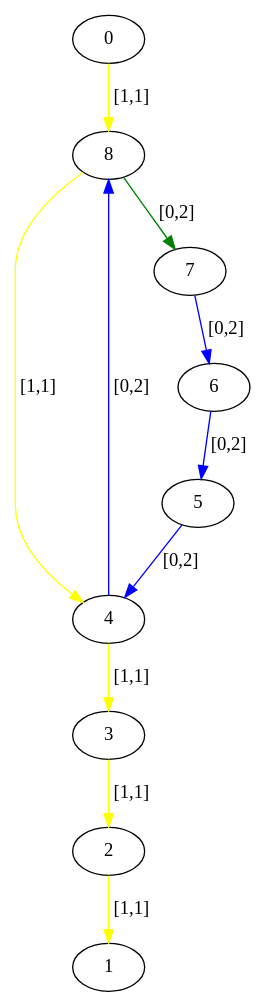
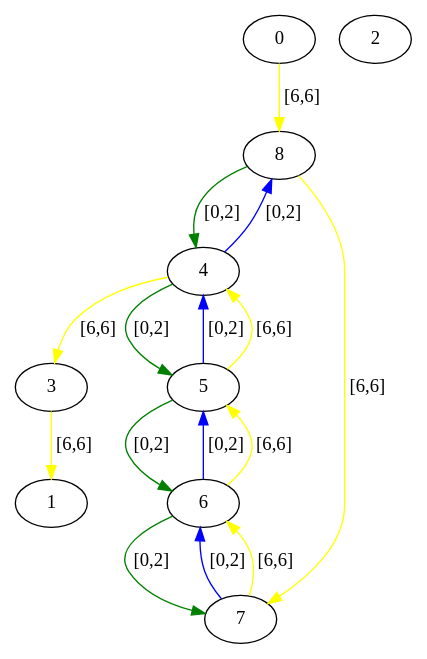
Before and after one commit to Hebbe1234/ExpectAll: the diagram in src/assignedGraphs/assigned.dot, drawn with Graphviz. The commit also changed 2 other files, not shown here.

```diff
--- a/src/assignedGraphs/assigned.dot
+++ b/src/assignedGraphs/assigned.dot
@@ -1,21 +1,26 @@
 digraph  {
 0 [Country="United States", Internal=1, Latitude="42.37843", Longitude="-71.11644", id=0, label=0];
 1 [Country="United States", Internal=1, Latitude="37.45383", Longitude="-122.18219", id=1, label=1];
 2 [Country="United States", Internal=1, Latitude="34.42083", Longitude="-119.69819", id=2, label=2];
 3 [Country="United States", Internal=1, Latitude="34.05223", Longitude="-118.24368", id=3, label=3];
 4 [Country="United States", Internal=1, Latitude="34.01945", Longitude="-118.49119", id=4, label=4];
 5 [Country="United States", Internal=1, Latitude="34.01945", Longitude="-118.49119", id=5, label=5];
 6 [Country="United States", Internal=1, Latitude="40.76078", Longitude="-111.89105", id=6, label=6];
 7 [Country="United States", Internal=1, Latitude="42.35954", Longitude="-71.09172", id=7, label=7];
 8 [Country="United States", Internal=1, Latitude="42.3751", Longitude="-71.10561", id=8, label=8];
-0 -> 8  [color=yellow, key=0, label="[1,1]"];
-2 -> 1  [color=yellow, key=0, label="[1,1]"];
-3 -> 2  [color=yellow, key=0, label="[1,1]"];
+0 -> 8  [color=yellow, key=0, label="[6,6]"];
+3 -> 1  [color=yellow, key=0, label="[6,6]"];
 4 -> 8  [color=blue, key=0, label="[0,2]"];
-4 -> 3  [color=yellow, key=0, label="[1,1]"];
+4 -> 5  [color=green, key=0, label="[0,2]"];
+4 -> 3  [color=yellow, key=0, label="[6,6]"];
 5 -> 4  [color=blue, key=0, label="[0,2]"];
+5 -> 4  [color=yellow, key=1, label="[6,6]"];
+5 -> 6  [color=green, key=0, label="[0,2]"];
 6 -> 5  [color=blue, key=0, label="[0,2]"];
+6 -> 5  [color=yellow, key=1, label="[6,6]"];
+6 -> 7  [color=green, key=0, label="[0,2]"];
 7 -> 6  [color=blue, key=0, label="[0,2]"];
-8 -> 7  [color=green, key=0, label="[0,2]"];
-8 -> 4  [color=yellow, key=0, label="[1,1]"];
+7 -> 6  [color=yellow, key=1, label="[6,6]"];
+8 -> 4  [color=green, key=0, label="[0,2]"];
+8 -> 7  [color=yellow, key=0, label="[6,6]"];
 }
```
